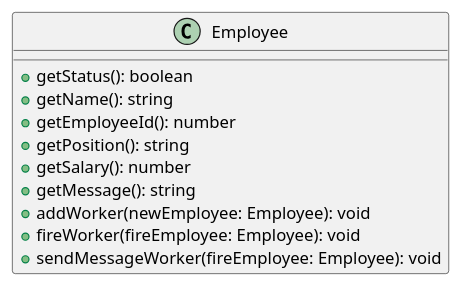
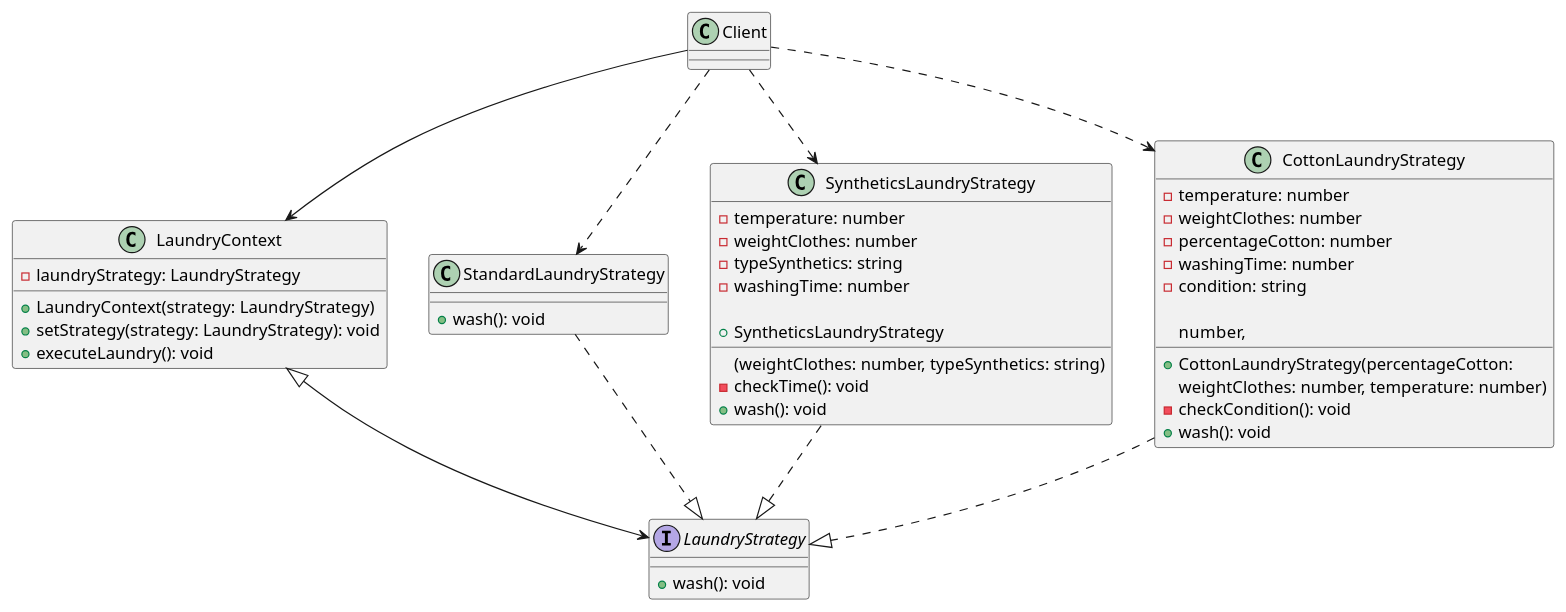
The diagram in public/new.plantuml (indian0ch/HotelInformalSystem), drawn with PlantUML before and after one commit. The commit also changed 184 other files, not shown here.

```diff
--- a/public/new.plantuml
+++ b/public/new.plantuml
@@ -1,11 +1,53 @@
-class Employee {
-  + getStatus(): boolean
-  + getName(): string
-  + getEmployeeId(): number
-  + getPosition(): string
-  + getSalary(): number
-  + getMessage(): string
-  + addWorker(newEmployee: Employee): void
-  + fireWorker(fireEmployee: Employee): void
-  + sendMessageWorker(fireEmployee: Employee): void
+class LaundryContext {
+  -laundryStrategy: LaundryStrategy
+
+  +LaundryContext(strategy: LaundryStrategy)
+  +setStrategy(strategy: LaundryStrategy): void
+  +executeLaundry(): void
 }
+
+interface LaundryStrategy {
+  +wash(): void
+}
+
+class StandardLaundryStrategy {
+  +wash(): void
+}
+
+class SyntheticsLaundryStrategy {
+  -temperature: number
+  -weightClothes: number
+  -typeSynthetics: string
+  -washingTime: number
+
+  +SyntheticsLaundryStrategy
+  (weightClothes: number, typeSynthetics: string)
+  -checkTime(): void
+  +wash(): void
+}
+
+class CottonLaundryStrategy {
+  -temperature: number
+  -weightClothes: number
+  -percentageCotton: number
+  -washingTime: number
+  -condition: string
+
+  +CottonLaundryStrategy(percentageCotton: 
+  number, 
+  weightClothes: number, temperature: number)
+  -checkCondition(): void
+  +wash(): void
+}
+class Client{
+
+}
+
+Client ..> SyntheticsLaundryStrategy
+Client ..> CottonLaundryStrategy
+Client ..> StandardLaundryStrategy
+LaundryContext <|--> LaundryStrategy
+SyntheticsLaundryStrategy ..|> LaundryStrategy
+CottonLaundryStrategy ..|> LaundryStrategy
+StandardLaundryStrategy ..|> LaundryStrategy
+Client --> LaundryContext
```
